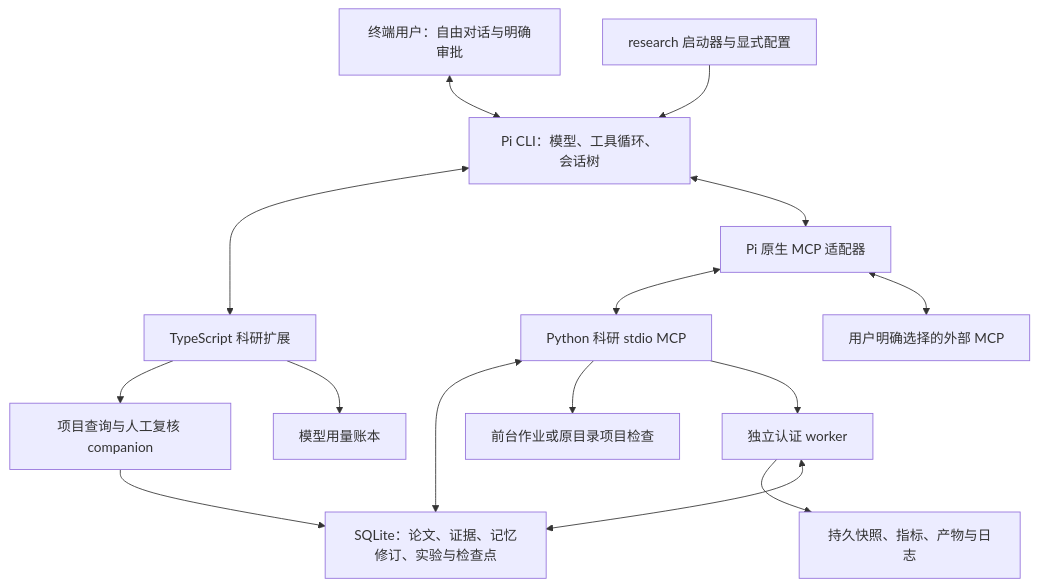
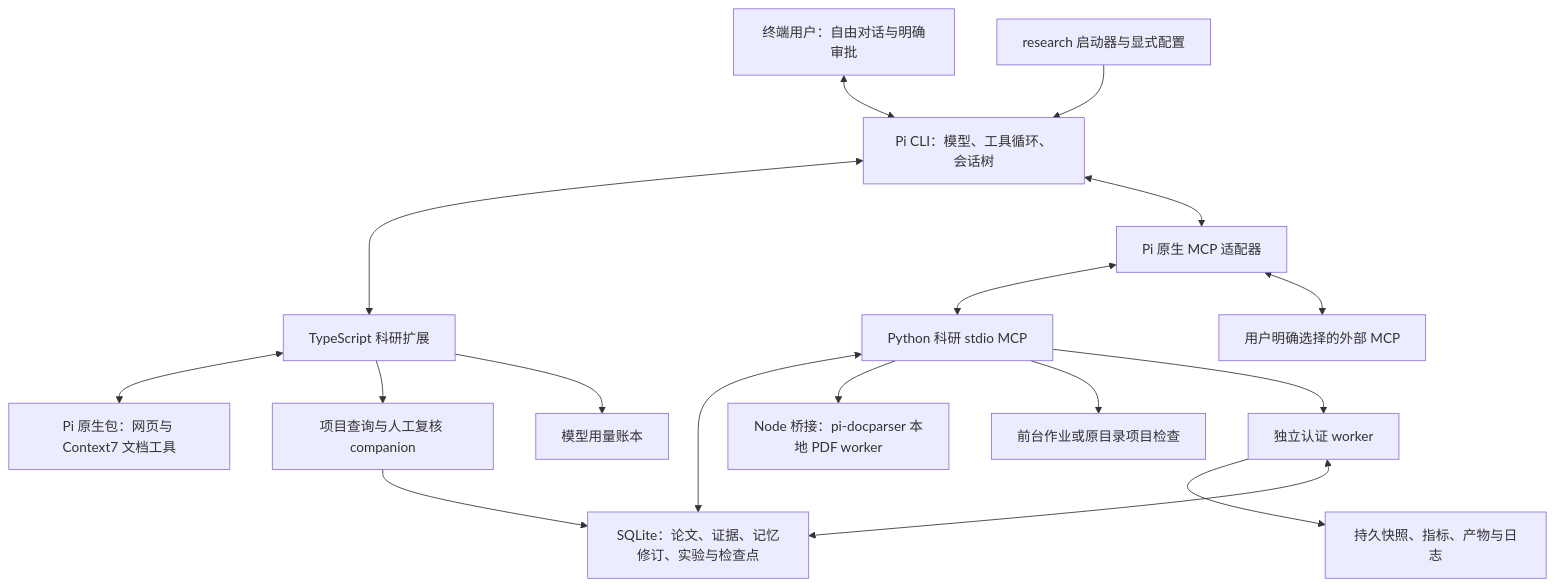
The diagram in docs/architecture.md (zhengye123188/amadeus), drawn with Mermaid before and after one commit. The commit also changed other lines of this file and 40 other files, not shown here.

````diff
--- a/docs/architecture.md
+++ b/docs/architecture.md
@@ -5,17 +5,19 @@
 ```mermaid
 flowchart TD
     U[终端用户：自由对话与明确审批] <--> P[Pi CLI：模型、工具循环、会话树]
     L[research 启动器与显式配置] --> P
     P <--> X[TypeScript 科研扩展]
+    X <--> N[Pi 原生包：网页与 Context7 文档工具]
     P <--> M[Pi 原生 MCP 适配器]
     M <--> B[Python 科研 stdio MCP]
     M <--> E[用户明确选择的外部 MCP]
     B <--> D[SQLite：论文、证据、记忆修订、实验与检查点]
+    B --> F[Node 桥接：pi-docparser 本地 PDF worker]
     B --> J[前台作业或原目录项目检查]
     B --> W[独立认证 worker]
     W --> R[持久快照、指标、产物与日志]
     W <--> D
     X --> Q[项目查询与人工复核 companion]
     Q --> D
     X --> A[模型用量账本]
 ```
````
